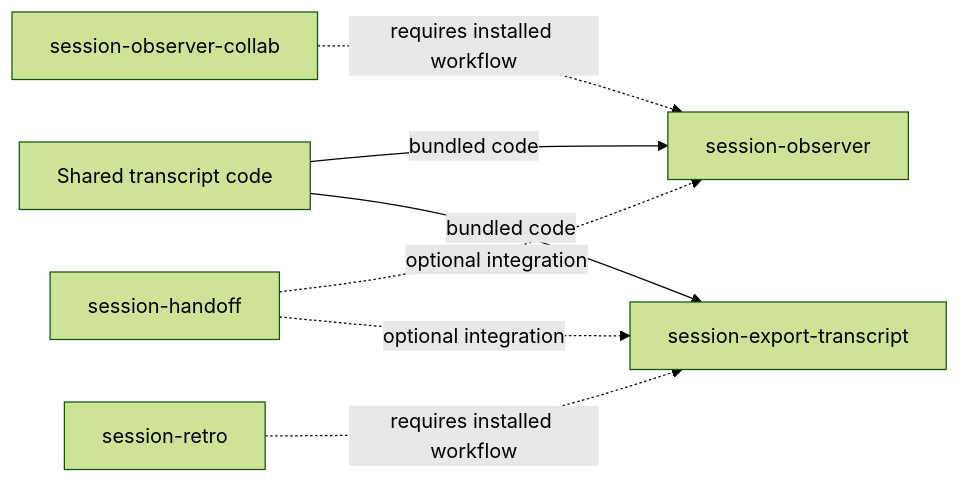
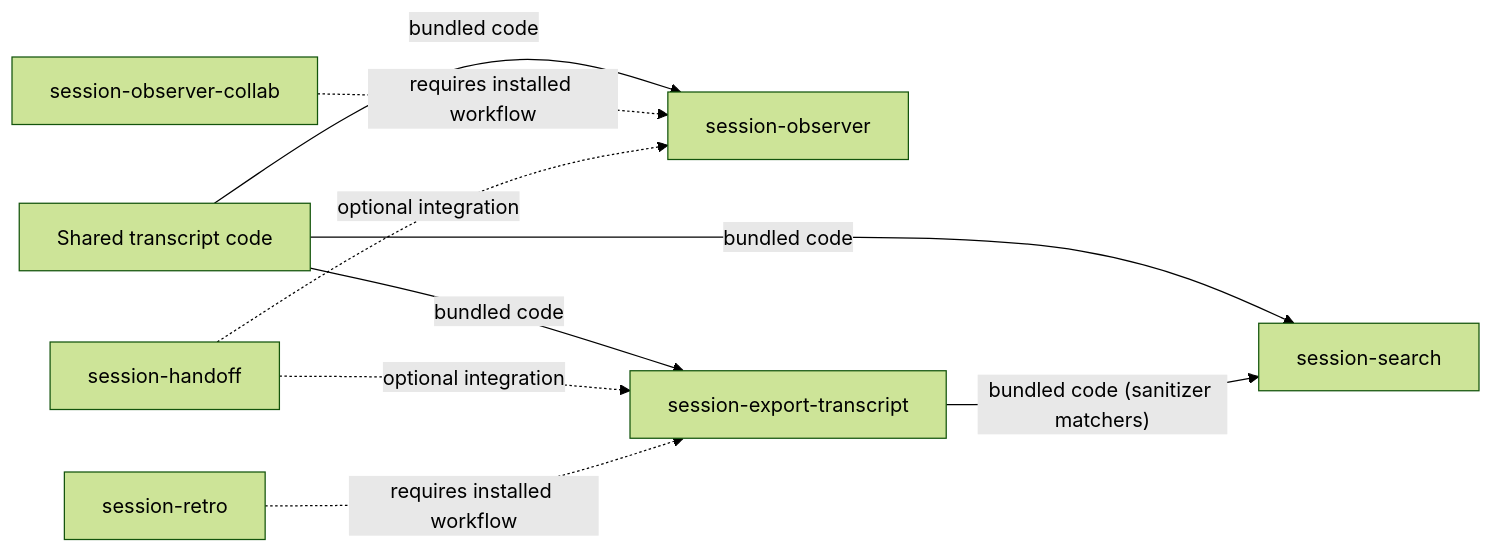
Before and after one commit to tkstang/skills: the second of 3 diagrams in documentation/docs/engineering/architecture/generated-runtime.md, drawn with Mermaid (forest theme). The commit also changed other lines of this file and 129 other files, not shown here.

First line of the commit message:
feat(session-search): add session-search skill for finding past agent sessions (#115)

````diff
--- a/documentation/docs/engineering/architecture/generated-runtime.md
+++ b/documentation/docs/engineering/architecture/generated-runtime.md
@@ -104,9 +105,11 @@
 ```mermaid
 flowchart LR
   TRANSCRIPT["Shared transcript code"] -->|bundled code| OBSERVER["session-observer"]
   TRANSCRIPT -->|bundled code| EXPORT["session-export-transcript"]
+  TRANSCRIPT -->|bundled code| SEARCH["session-search"]
+  EXPORT -->|"bundled code (sanitizer matchers)"| SEARCH
   COLLAB["session-observer-collab"] -.->|requires installed workflow| OBSERVER
   HANDOFF["session-handoff"] -.->|optional integration| OBSERVER
   HANDOFF -.->|optional integration| EXPORT
   RETRO["session-retro"] -.->|requires installed workflow| EXPORT
 ```
````
